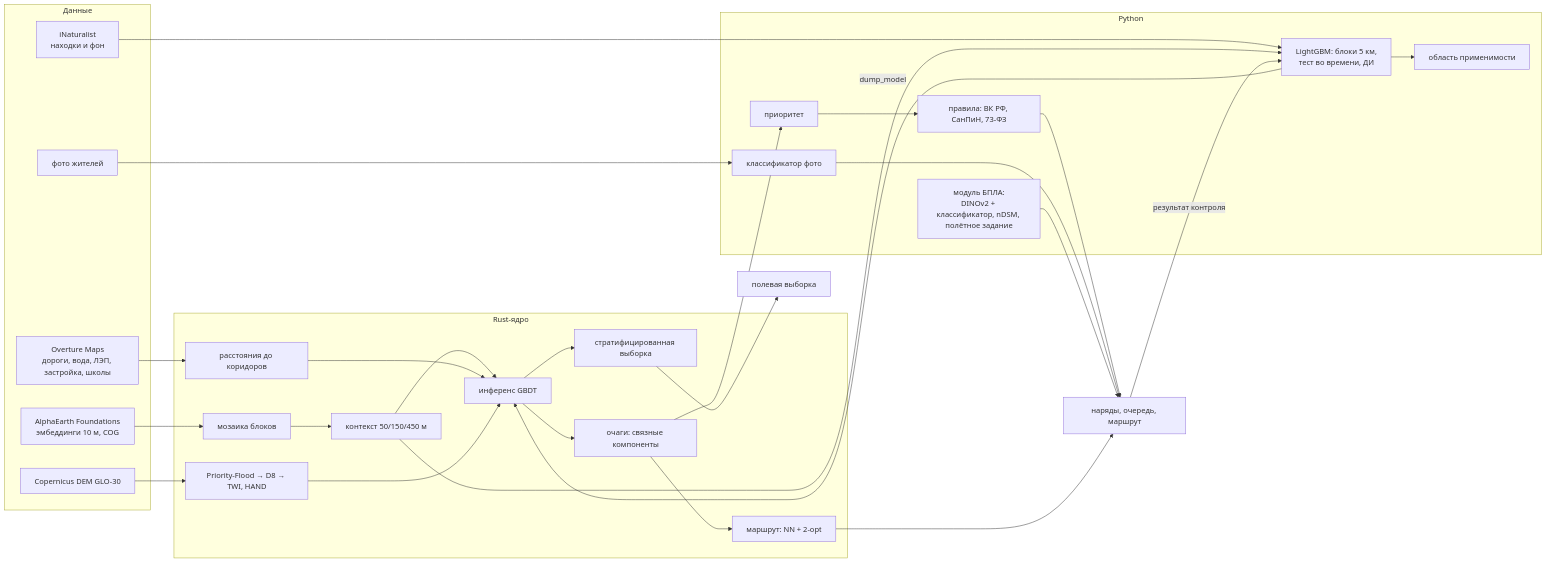
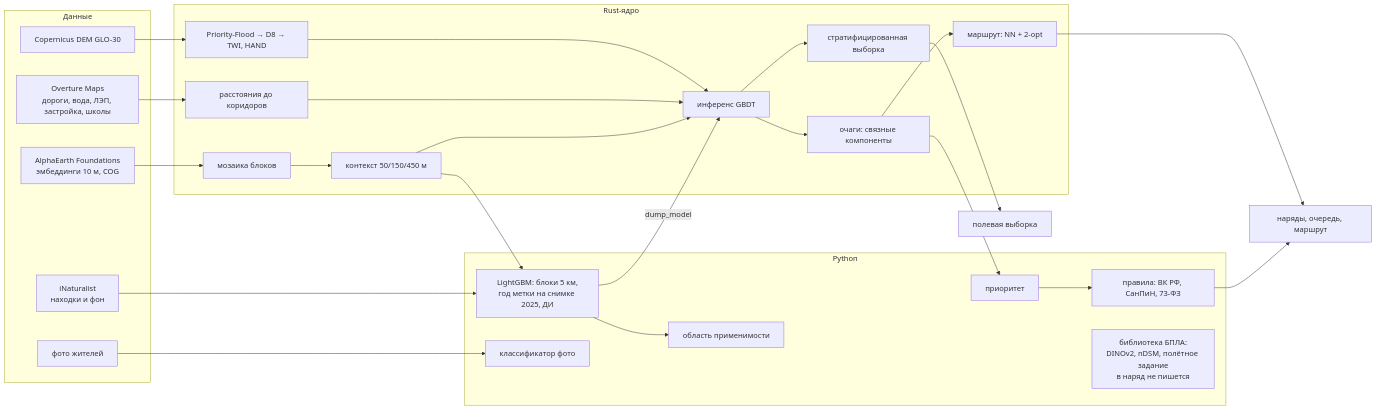
The diagram in docs/ARCHITECTURE.md (KonkovDV/InvaRadar), drawn with Mermaid before and after one commit. The commit also changed other lines of this file and 22 other files, not shown here.

````diff
--- a/docs/ARCHITECTURE.md
+++ b/docs/ARCHITECTURE.md
@@ -3,41 +3,39 @@
 ```mermaid
 flowchart LR
   subgraph Данные
     AEF[AlphaEarth Foundations<br/>эмбеддинги 10 м, COG]
     INAT[iNaturalist<br/>находки и фон]
     OV[Overture Maps<br/>дороги, вода, ЛЭП, застройка, школы]
     DEM[Copernicus DEM GLO-30]
     PH[фото жителей]
   end
   subgraph Rust-ядро
     MOS[мозаика блоков]
     CTX[контекст 50/150/450 м]
     EDT[расстояния до коридоров]
     TER[Priority-Flood → D8 → TWI, HAND]
     INF[инференс GBDT]
     HOT[очаги: связные компоненты]
     RT[маршрут: NN + 2-opt]
     STR[стратифицированная выборка]
   end
   subgraph Python
-    TRAIN[LightGBM: блоки 5 км,<br/>тест во времени, ДИ]
+    TRAIN[LightGBM: блоки 5 км,<br/>год метки на снимке 2025, ДИ]
     PRI[приоритет]
     LAW[правила: ВК РФ, СанПиН, 73-ФЗ]
     AOA[область применимости]
     VER[классификатор фото]
-    UAV[модуль БПЛА:<br/>DINOv2 + классификатор, nDSM, полётное задание]
+    UAV[библиотека БПЛА:<br/>DINOv2, nDSM, полётное задание<br/>в наряд не пишется]
   end
   AEF --> MOS --> CTX --> INF
   OV --> EDT --> INF
   DEM --> TER --> INF
   INAT --> TRAIN
   CTX --> TRAIN
   TRAIN -->|dump_model| INF
   INF --> HOT --> PRI --> LAW --> WO[наряды, очередь, маршрут]
   HOT --> RT --> WO
   INF --> STR --> VAL[полевая выборка]
   TRAIN --> AOA
-  PH --> VER --> WO
-  UAV --> WO
-  WO -->|результат контроля| TRAIN
+  PH --> VER
 ```
````
